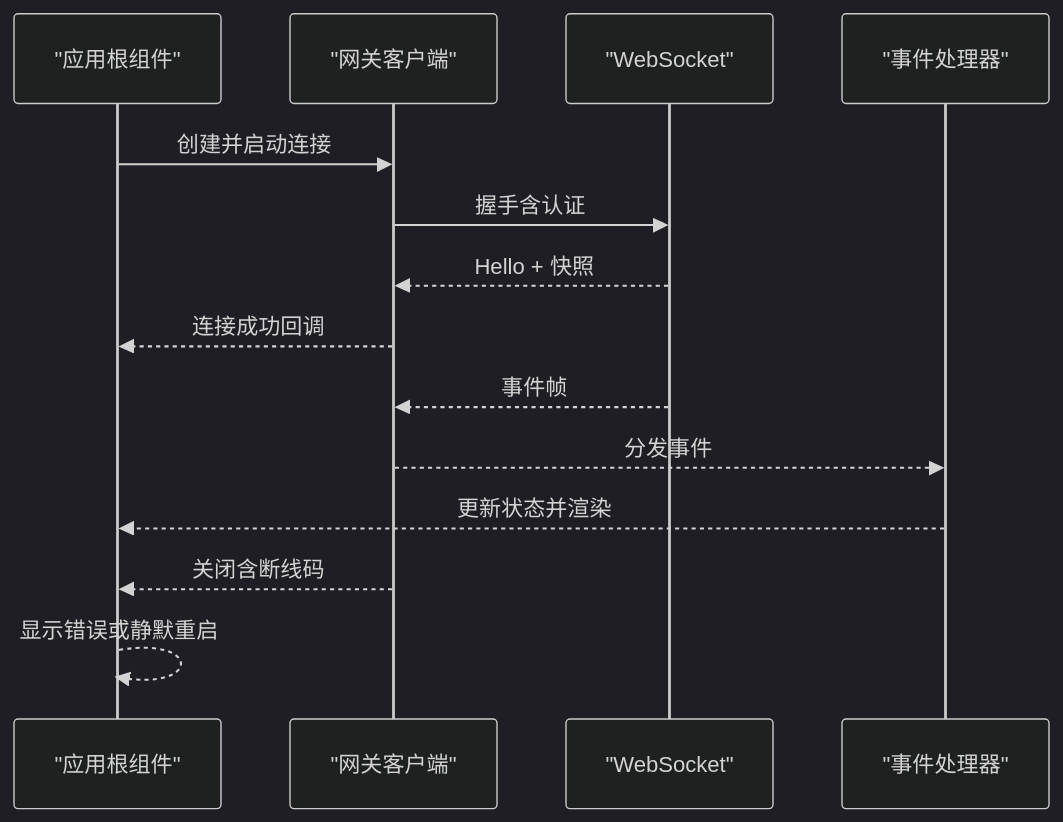
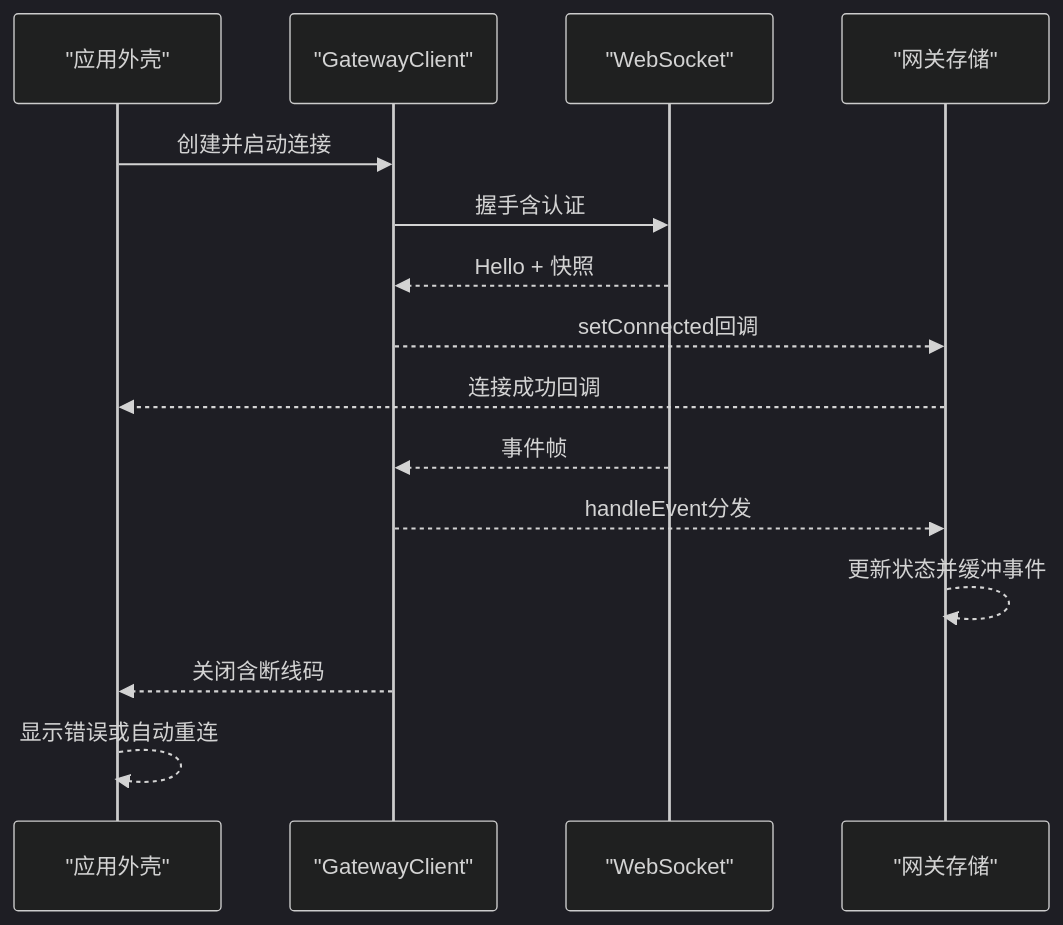
The fourth of 5 diagrams in .qoder/repowiki/zh/content/Web界面/Web界面.md (verse-ai-org/openclaw), drawn with Mermaid (dark theme) before and after one commit. The commit also changed other lines of this file and 19 other files, not shown here.

````diff
--- a/.qoder/repowiki/zh/content/Web界面/Web界面.md
+++ b/.qoder/repowiki/zh/content/Web界面/Web界面.md
@@ -273,16 +352,17 @@
 ```mermaid
 sequenceDiagram
-participant App as "应用根组件"
-participant Client as "网关客户端"
+participant App as "应用外壳"
+participant Client as "GatewayClient"
 participant WS as "WebSocket"
-participant Handler as "事件处理器"
+participant Store as "网关存储"
 App->>Client : 创建并启动连接
 Client->>WS : 握手含认证
 WS-->>Client : Hello + 快照
-Client-->>App : 连接成功回调
+Client-->>Store : setConnected回调
+Store-->>App : 连接成功回调
 WS-->>Client : 事件帧
-Client-->>Handler : 分发事件
-Handler-->>App : 更新状态并渲染
+Client-->>Store : handleEvent分发
+Store-->>Store : 更新状态并缓冲事件
 Client-->>App : 关闭含断线码
-App-->>App : 显示错误或静默重启
+App-->>App : 显示错误或自动重连
 ```
````
